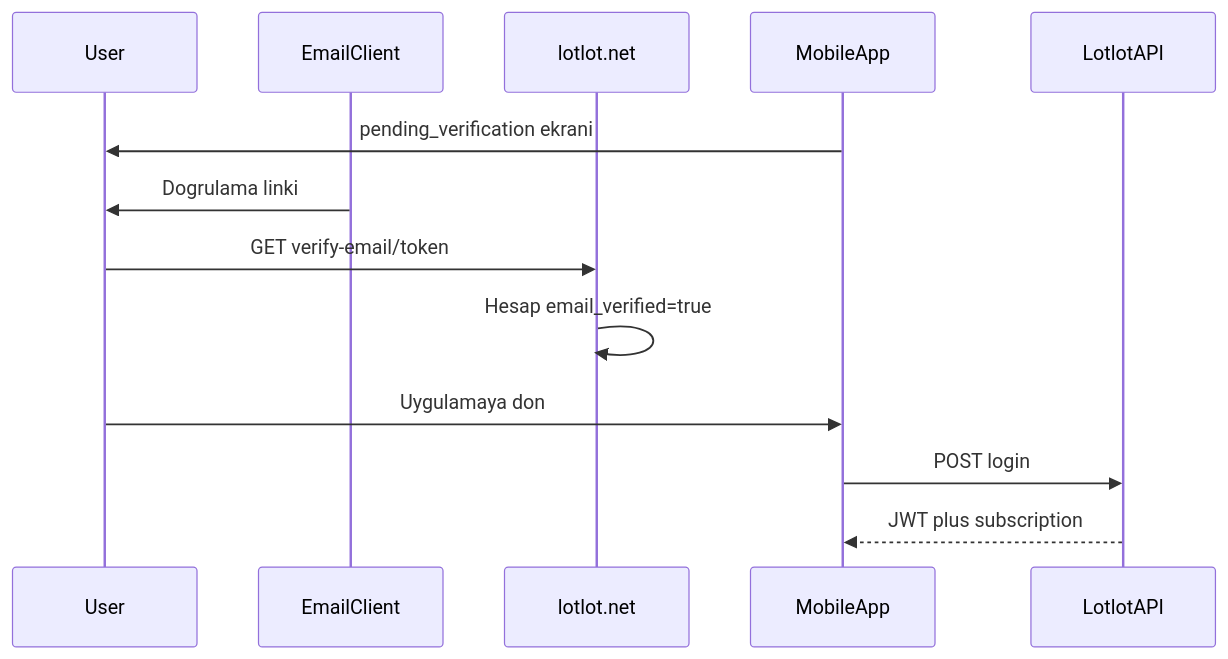
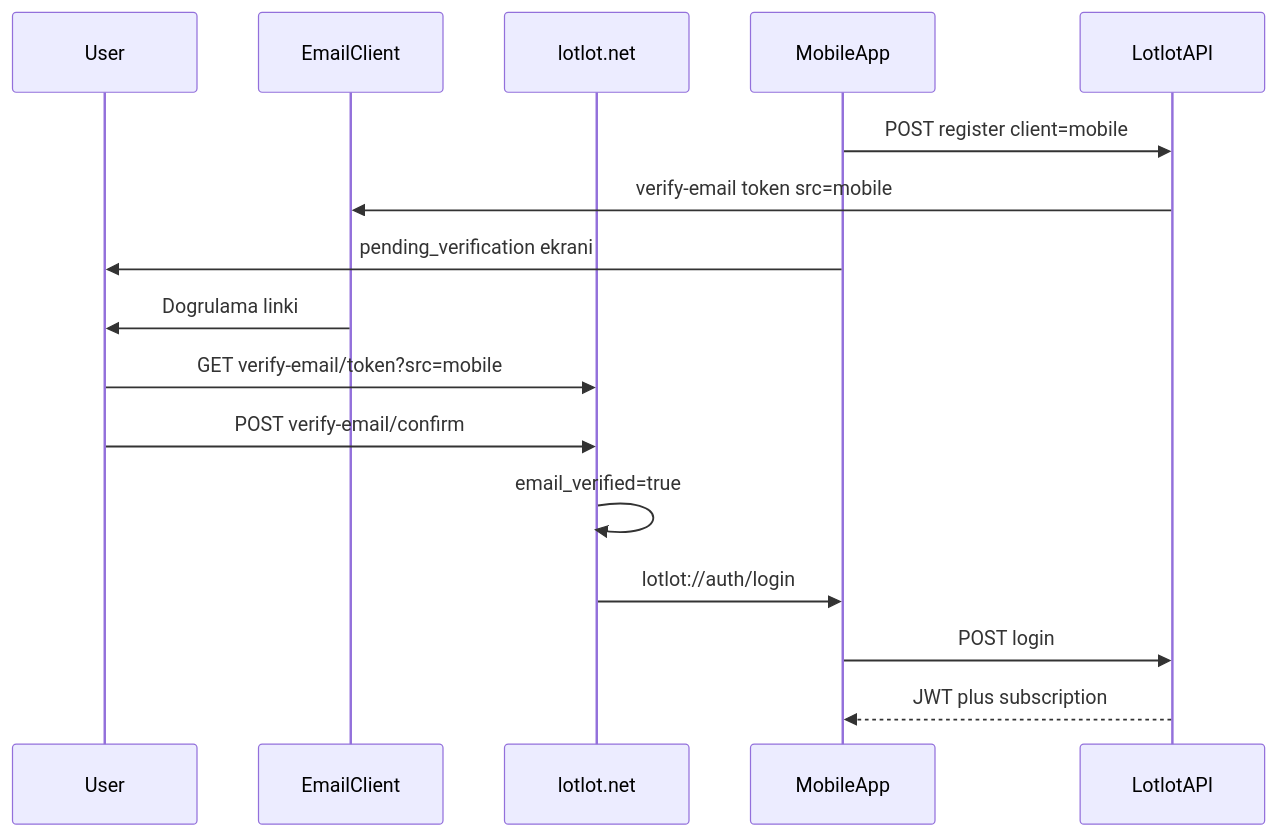
Before and after one commit to ersinarikan/bistmobile: the fourth of 17 diagrams in docs/MOBILE_API_INTEGRATION_GUIDE.md, drawn with Mermaid. The commit also changed other lines of this file and 19 other files, not shown here.

First line of the commit message:
Add native forgot-password flow and harden IAP restore.

````diff
--- a/docs/MOBILE_API_INTEGRATION_GUIDE.md
+++ b/docs/MOBILE_API_INTEGRATION_GUIDE.md
@@ -406,16 +409,19 @@
 ```mermaid
 sequenceDiagram
   participant User
   participant Mail as EmailClient
   participant Web as lotlot.net
   participant App as MobileApp
   participant API as LotlotAPI
 
+  App->>API: POST register client=mobile
+  API->>Mail: verify-email token src=mobile
   App->>User: pending_verification ekrani
   Mail->>User: Dogrulama linki
-  User->>Web: GET verify-email/token
-  Web->>Web: Hesap email_verified=true
-  User->>App: Uygulamaya don
+  User->>Web: GET verify-email/token?src=mobile
+  User->>Web: POST verify-email/confirm
+  Web->>Web: email_verified=true
+  Web->>App: lotlot://auth/login
   App->>API: POST login
   API-->>App: JWT plus subscription
 ```
````
